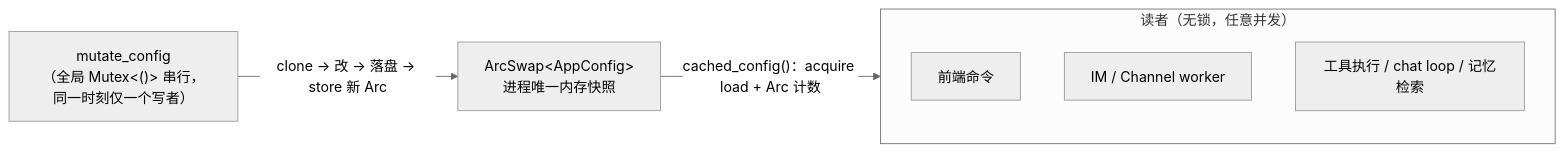
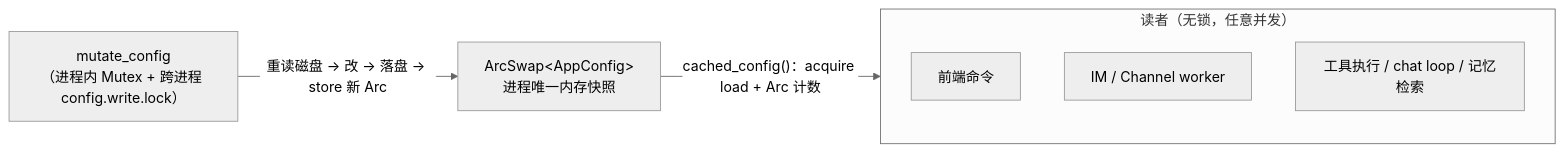
One commit to gabrielmoreira/agent-skills-mirror changed the first of 3 diagrams in mirrors/repos/shiwenwen@hope-agent/docs/architecture/infra/config-system.md. Above: the diagram before and after it, drawn with Mermaid (neutral theme). The commit also changed other lines of this file and 1101 other files, not shown here.

````diff
--- a/mirrors/repos/shiwenwen@hope-agent/docs/architecture/infra/config-system.md
+++ b/mirrors/repos/shiwenwen@hope-agent/docs/architecture/infra/config-system.md
@@ -67,13 +67,13 @@
 ```mermaid
 flowchart LR
     subgraph Readers["读者（无锁，任意并发）"]
         R1["前端命令"]
         R2["IM / Channel worker"]
         R3["工具执行 / chat loop / 记忆检索"]
     end
     Snap["ArcSwap&lt;AppConfig&gt;<br/>进程唯一内存快照"]
-    W["mutate_config<br/>（全局 Mutex&lt;()&gt; 串行，同一时刻仅一个写者）"]
+    W["mutate_config<br/>（进程内 Mutex + 跨进程 config.write.lock）"]
 
     Snap -- "cached_config()：acquire load + Arc 计数" --> Readers
-    W -- "clone → 改 → 落盘 → store 新 Arc" --> Snap
+    W -- "重读磁盘 → 改 → 落盘 → store 新 Arc" --> Snap
 ```
````
